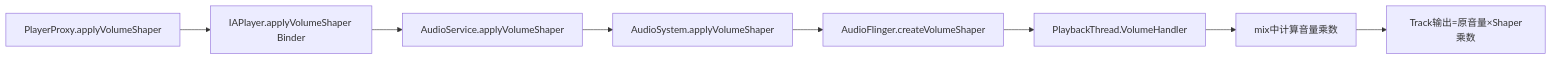
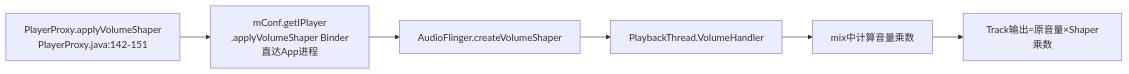
Before and after one commit to yanglinzhen1022/SA8295_AAOS_QNX_Audio_KnowledgeBase: the seventh of 9 diagrams in 12_Audio_Focus_Deep_Dive/12_12.14_焦点与音量的联动机制.md, drawn with Mermaid. The commit also changed other lines of this file and 14 other files, not shown here.

````diff
--- a/12_Audio_Focus_Deep_Dive/12_12.14_焦点与音量的联动机制.md
+++ b/12_Audio_Focus_Deep_Dive/12_12.14_焦点与音量的联动机制.md
@@ -710,10 +696,8 @@
 ```mermaid
 flowchart LR
-    A[PlayerProxy.applyVolumeShaper] --> B[IAPlayer.applyVolumeShaper Binder]
-    B --> C[AudioService.applyVolumeShaper]
-    C --> D[AudioSystem.applyVolumeShaper]
-    D --> E[AudioFlinger.createVolumeShaper]
-    E --> F[PlaybackThread.VolumeHandler]
-    F --> G[mix中计算音量乘数]
-    G --> H[Track输出=原音量×Shaper乘数]
+    A[PlayerProxy.applyVolumeShaper<br>PlayerProxy.java:142-151] --> B[mConf.getIPlayer<br>.applyVolumeShaper Binder直达App进程]
+    B --> C[AudioFlinger.createVolumeShaper]
+    C --> D[PlaybackThread.VolumeHandler]
+    D --> E[mix中计算音量乘数]
+    E --> F[Track输出=原音量×Shaper乘数]
 ```
````
